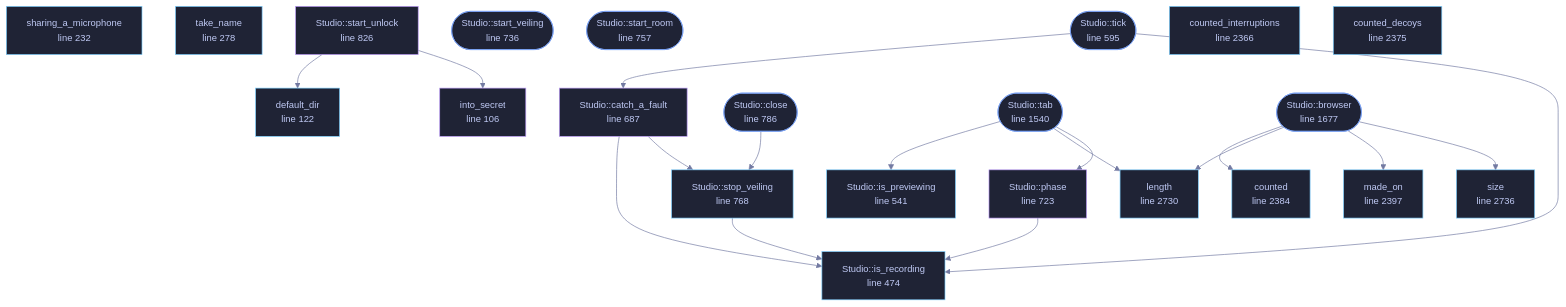
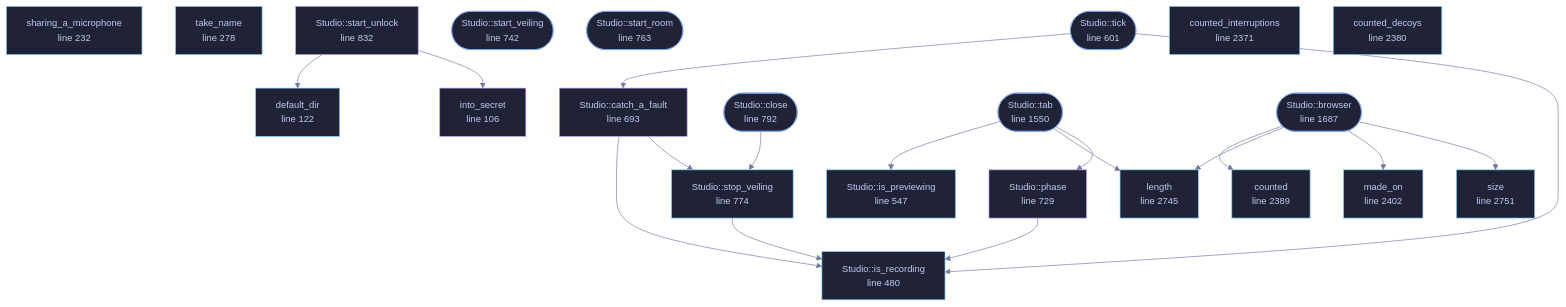
The diagram in docs/files/veilvoice-gui/studio.md (tilas01/veilvoice), drawn with Mermaid before and after one commit. The commit also changed other lines of this file and 63 other files, not shown here.

````diff
--- a/docs/files/veilvoice-gui/studio.md
+++ b/docs/files/veilvoice-gui/studio.md
@@ -192,70 +192,70 @@
 ```mermaid
 %%{init: {"theme":"base","themeVariables":{"background":"#1a1b26","primaryColor":"#1f2335","primaryTextColor":"#c0caf5","primaryBorderColor":"#7aa2f7","secondaryColor":"#16161e","tertiaryColor":"#16161e","lineColor":"#737aa2","textColor":"#c0caf5","mainBkg":"#1f2335","nodeBorder":"#7aa2f7","clusterBkg":"#16161e","clusterBorder":"#2f3549","fontFamily":"ui-monospace, SFMono-Regular, Consolas, monospace","fontSize":"14px"}}}%%
 flowchart TD
     n_into_secret["into_secret<br/>line 106"]
     n_default_dir["default_dir<br/>line 122"]
     n_sharing_a_microphone["sharing_a_microphone<br/>line 232"]
     n_take_name["take_name<br/>line 278"]
-    n_is_recording["Studio::is_recording<br/>line 474"]
-    n_is_previewing["Studio::is_previewing<br/>line 541"]
-    n_tick(["Studio::tick<br/>line 595"])
-    n_catch_a_fault["Studio::catch_a_fault<br/>line 687"]
-    n_phase["Studio::phase<br/>line 723"]
-    n_start_veiling(["Studio::start_veiling<br/>line 736"])
-    n_start_room(["Studio::start_room<br/>line 757"])
-    n_stop_veiling["Studio::stop_veiling<br/>line 768"]
-    n_close(["Studio::close<br/>line 786"])
-    n_start_unlock["Studio::start_unlock<br/>line 826"]
-    n_tab(["Studio::tab<br/>line 1540"])
-    n_browser(["Studio::browser<br/>line 1677"])
-    n_counted_interruptions["counted_interruptions<br/>line 2366"]
-    n_counted_decoys["counted_decoys<br/>line 2375"]
-    n_counted["counted<br/>line 2384"]
-    n_made_on["made_on<br/>line 2397"]
-    n_length["length<br/>line 2730"]
-    n_size["size<br/>line 2736"]
+    n_is_recording["Studio::is_recording<br/>line 480"]
+    n_is_previewing["Studio::is_previewing<br/>line 547"]
+    n_tick(["Studio::tick<br/>line 601"])
+    n_catch_a_fault["Studio::catch_a_fault<br/>line 693"]
+    n_phase["Studio::phase<br/>line 729"]
+    n_start_veiling(["Studio::start_veiling<br/>line 742"])
+    n_start_room(["Studio::start_room<br/>line 763"])
+    n_stop_veiling["Studio::stop_veiling<br/>line 774"]
+    n_close(["Studio::close<br/>line 792"])
+    n_start_unlock["Studio::start_unlock<br/>line 832"]
+    n_tab(["Studio::tab<br/>line 1550"])
+    n_browser(["Studio::browser<br/>line 1687"])
+    n_counted_interruptions["counted_interruptions<br/>line 2371"]
+    n_counted_decoys["counted_decoys<br/>line 2380"]
+    n_counted["counted<br/>line 2389"]
+    n_made_on["made_on<br/>line 2402"]
+    n_length["length<br/>line 2745"]
+    n_size["size<br/>line 2751"]
     n_browser --> n_counted
     n_browser --> n_length
     n_browser --> n_made_on
     n_browser --> n_size
     n_catch_a_fault --> n_is_recording
     n_catch_a_fault --> n_stop_veiling
     n_close --> n_stop_veiling
     n_phase --> n_is_recording
     n_start_unlock --> n_default_dir
     n_start_unlock --> n_into_secret
     n_stop_veiling --> n_is_recording
     n_tab --> n_is_previewing
     n_tab --> n_length
     n_tab --> n_phase
     n_tick --> n_catch_a_fault
     n_tick --> n_is_recording
     click n_into_secret href "https://github.com/tilas01/veilvoice/blob/main/crates/veilvoice-gui/src/studio.rs#L106" "open the source"
     click n_default_dir href "https://github.com/tilas01/veilvoice/blob/main/crates/veilvoice-gui/src/studio.rs#L122" "open the source"
     click n_sharing_a_microphone href "https://github.com/tilas01/veilvoice/blob/main/crates/veilvoice-gui/src/studio.rs#L232" "open the source"
     click n_take_name href "https://github.com/tilas01/veilvoice/blob/main/crates/veilvoice-gui/src/studio.rs#L278" "open the source"
-    click n_is_recording href "https://github.com/tilas01/veilvoice/blob/main/crates/veilvoice-gui/src/studio.rs#L474" "open the source"
-    click n_is_previewing href "https://github.com/tilas01/veilvoice/blob/main/crates/veilvoice-gui/src/studio.rs#L541" "open the source"
-    click n_tick href "https://github.com/tilas01/veilvoice/blob/main/crates/veilvoice-gui/src/studio.rs#L595" "open the source"
-    click n_catch_a_fault href "https://github.com/tilas01/veilvoice/blob/main/crates/veilvoice-gui/src/studio.rs#L687" "open the source"
-    click n_phase href "https://github.com/tilas01/veilvoice/blob/main/crates/veilvoice-gui/src/studio.rs#L723" "open the source"
-    click n_start_veiling href "https://github.com/tilas01/veilvoice/blob/main/crates/veilvoice-gui/src/studio.rs#L736" "open the source"
-    click n_start_room href "https://github.com/tilas01/veilvoice/blob/main/crates/veilvoice-gui/src/studio.rs#L757" "open the source"
-    click n_stop_veiling href "https://github.com/tilas01/veilvoice/blob/main/crates/veilvoice-gui/src/studio.rs#L768" "open the source"
-    click n_close href "https://github.com/tilas01/veilvoice/blob/main/crates/veilvoice-gui/src/studio.rs#L786" "open the source"
-    click n_start_unlock href "https://github.com/tilas01/veilvoice/blob/main/crates/veilvoice-gui/src/studio.rs#L826" "open the source"
-    click n_tab href "https://github.com/tilas01/veilvoice/blob/main/crates/veilvoice-gui/src/studio.rs#L1540" "open the source"
-    click n_browser href "https://github.com/tilas01/veilvoice/blob/main/crates/veilvoice-gui/src/studio.rs#L1677" "open the source"
-    click n_counted_interruptions href "https://github.com/tilas01/veilvoice/blob/main/crates/veilvoice-gui/src/studio.rs#L2366" "open the source"
-    click n_counted_decoys href "https://github.com/tilas01/veilvoice/blob/main/crates/veilvoice-gui/src/studio.rs#L2375" "open the source"
-    click n_counted href "https://github.com/tilas01/veilvoice/blob/main/crates/veilvoice-gui/src/studio.rs#L2384" "open the source"
-    click n_made_on href "https://github.com/tilas01/veilvoice/blob/main/crates/veilvoice-gui/src/studio.rs#L2397" "open the source"
-    click n_length href "https://github.com/tilas01/veilvoice/blob/main/crates/veilvoice-gui/src/studio.rs#L2730" "open the source"
-    click n_size href "https://github.com/tilas01/veilvoice/blob/main/crates/veilvoice-gui/src/studio.rs#L2736" "open the source"
+    click n_is_recording href "https://github.com/tilas01/veilvoice/blob/main/crates/veilvoice-gui/src/studio.rs#L480" "open the source"
+    click n_is_previewing href "https://github.com/tilas01/veilvoice/blob/main/crates/veilvoice-gui/src/studio.rs#L547" "open the source"
+    click n_tick href "https://github.com/tilas01/veilvoice/blob/main/crates/veilvoice-gui/src/studio.rs#L601" "open the source"
+    click n_catch_a_fault href "https://github.com/tilas01/veilvoice/blob/main/crates/veilvoice-gui/src/studio.rs#L693" "open the source"
+    click n_phase href "https://github.com/tilas01/veilvoice/blob/main/crates/veilvoice-gui/src/studio.rs#L729" "open the source"
+    click n_start_veiling href "https://github.com/tilas01/veilvoice/blob/main/crates/veilvoice-gui/src/studio.rs#L742" "open the source"
+    click n_start_room href "https://github.com/tilas01/veilvoice/blob/main/crates/veilvoice-gui/src/studio.rs#L763" "open the source"
+    click n_stop_veiling href "https://github.com/tilas01/veilvoice/blob/main/crates/veilvoice-gui/src/studio.rs#L774" "open the source"
+    click n_close href "https://github.com/tilas01/veilvoice/blob/main/crates/veilvoice-gui/src/studio.rs#L792" "open the source"
+    click n_start_unlock href "https://github.com/tilas01/veilvoice/blob/main/crates/veilvoice-gui/src/studio.rs#L832" "open the source"
+    click n_tab href "https://github.com/tilas01/veilvoice/blob/main/crates/veilvoice-gui/src/studio.rs#L1550" "open the source"
+    click n_browser href "https://github.com/tilas01/veilvoice/blob/main/crates/veilvoice-gui/src/studio.rs#L1687" "open the source"
+    click n_counted_interruptions href "https://github.com/tilas01/veilvoice/blob/main/crates/veilvoice-gui/src/studio.rs#L2371" "open the source"
+    click n_counted_decoys href "https://github.com/tilas01/veilvoice/blob/main/crates/veilvoice-gui/src/studio.rs#L2380" "open the source"
+    click n_counted href "https://github.com/tilas01/veilvoice/blob/main/crates/veilvoice-gui/src/studio.rs#L2389" "open the source"
+    click n_made_on href "https://github.com/tilas01/veilvoice/blob/main/crates/veilvoice-gui/src/studio.rs#L2402" "open the source"
+    click n_length href "https://github.com/tilas01/veilvoice/blob/main/crates/veilvoice-gui/src/studio.rs#L2745" "open the source"
+    click n_size href "https://github.com/tilas01/veilvoice/blob/main/crates/veilvoice-gui/src/studio.rs#L2751" "open the source"
     classDef entry fill:#1f2335,stroke:#7aa2f7,color:#c0caf5
     class n_tick,n_start_veiling,n_start_room,n_close,n_tab,n_browser entry
     classDef api fill:#1f2335,stroke:#7dcfff,color:#c0caf5
     class n_default_dir,n_sharing_a_microphone,n_take_name,n_is_recording,n_is_previewing,n_stop_veiling,n_counted_interruptions,n_counted_decoys,n_counted,n_made_on,n_length,n_size api
     classDef helper fill:#1f2335,stroke:#bb9af7,color:#c0caf5
     class n_into_secret,n_catch_a_fault,n_phase,n_start_unlock helper
 ```
````
